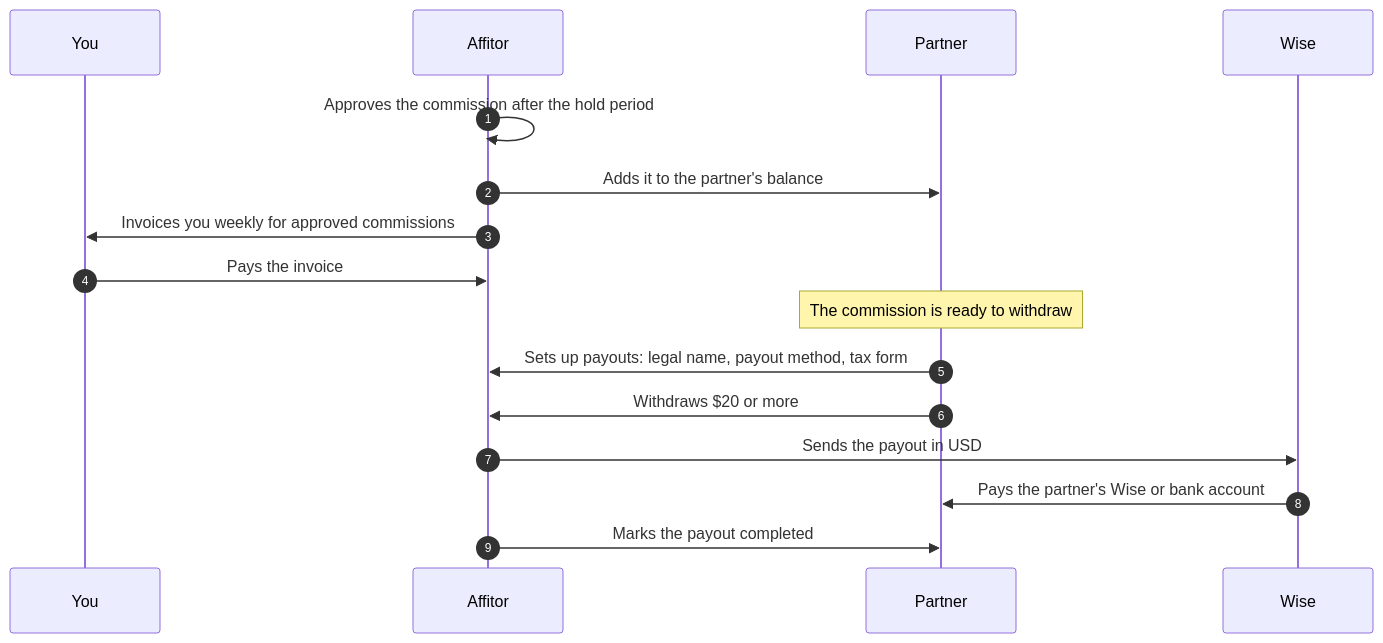
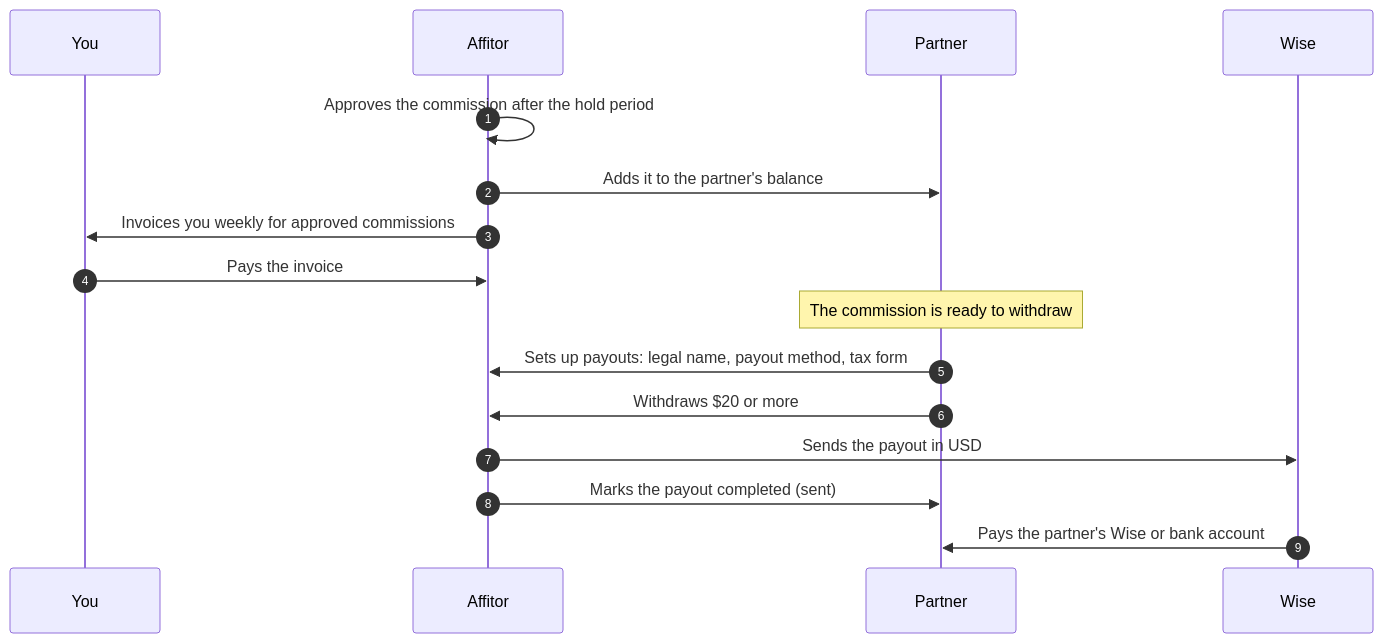
Before and after one commit to Affitor/affitor-docs: the diagram in content/docs/use-cases/partner-payouts.mdx, drawn with Mermaid. The commit also changed other lines of this file, not shown here.

Commit message:
fix: payouts use case: $0 exception only after the term ends; completed means sent

````diff
--- a/content/docs/use-cases/partner-payouts.mdx
+++ b/content/docs/use-cases/partner-payouts.mdx
@@ -11,18 +11,18 @@
 ```mermaid
 sequenceDiagram
   autonumber
   participant Y as You
   participant A as Affitor
   participant P as Partner
   participant W as Wise
   A->>A: Approves the commission after the hold period
   A->>P: Adds it to the partner's balance
   A->>Y: Invoices you weekly for approved commissions
   Y->>A: Pays the invoice
   Note over P: The commission is ready to withdraw
   P->>A: Sets up payouts: legal name, payout method, tax form
   P->>A: Withdraws $20 or more
   A->>W: Sends the payout in USD
+  A->>P: Marks the payout completed (sent)
   W->>P: Pays the partner's Wise or bank account
-  A->>P: Marks the payout completed
 ```
````
